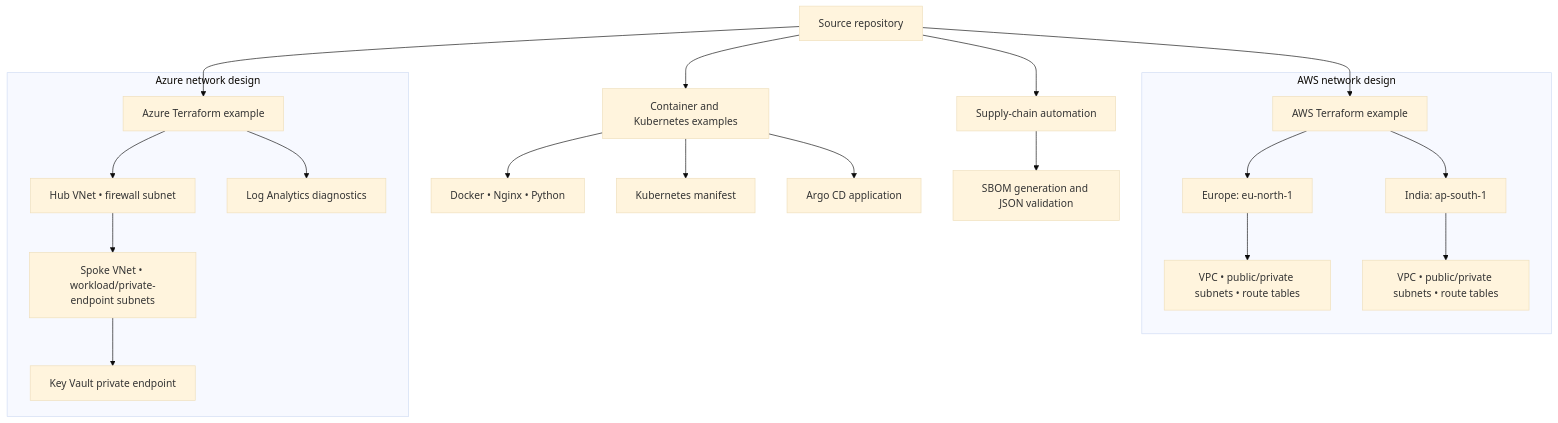
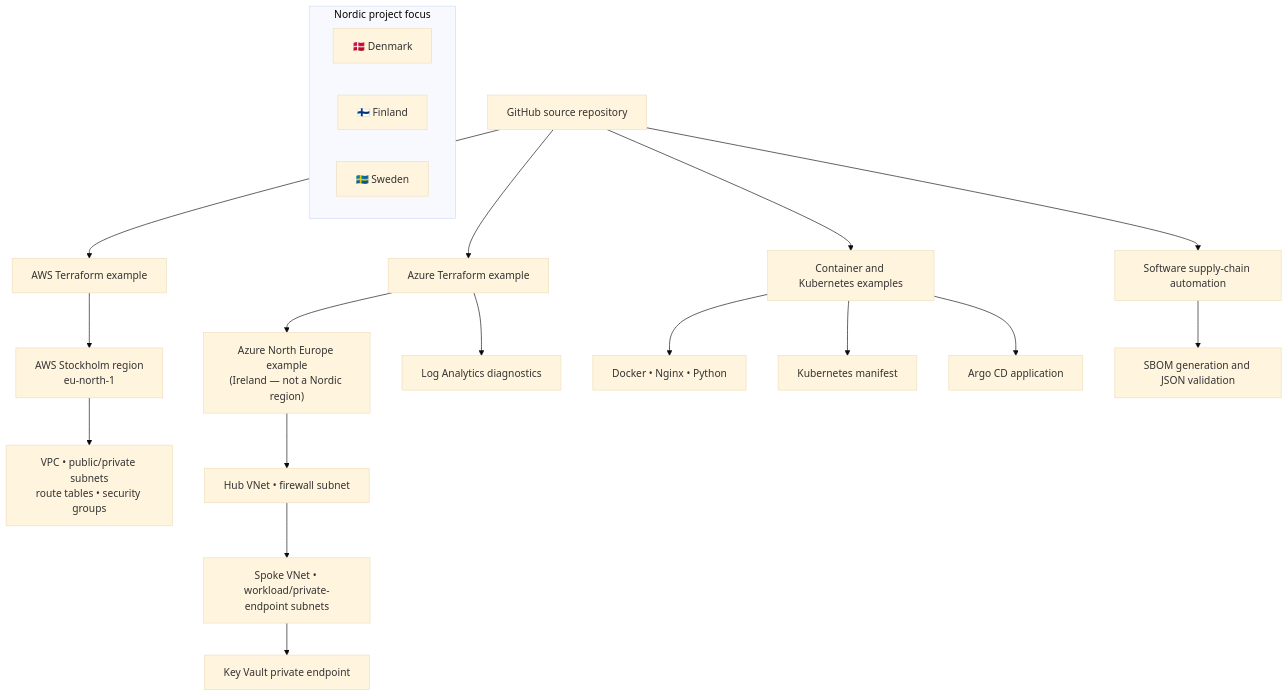
Before and after one commit to kunalnios44-ctrl/cloud-devsecops-journey-2026: the diagram in README.md, drawn with Mermaid (base theme). The commit also changed other lines of this file, not shown here.

Commit message:
docs: align README with Nordic project scope

````diff
--- a/README.md
+++ b/README.md
@@ -31,26 +40,27 @@
 ```mermaid
 flowchart TB
-    DEV["Source repository"] --> AWS["AWS Terraform example"]
-    DEV --> AZ["Azure Terraform example"]
-    DEV --> APP["Container and Kubernetes examples"]
-    DEV --> SC["Supply-chain automation"]
+    REPO["GitHub source repository"] --> AWS["AWS Terraform example"]
+    REPO --> AZ["Azure Terraform example"]
+    REPO --> APP["Container and Kubernetes examples"]
+    REPO --> SC["Software supply-chain automation"]
 
-    subgraph AWSREG["AWS network design"]
-      AWS --> EU["Europe: eu-north-1"]
-      AWS --> IN["India: ap-south-1"]
-      EU --> EUVPC["VPC • public/private subnets • route tables"]
-      IN --> INVPC["VPC • public/private subnets • route tables"]
+    subgraph NORDIC["Nordic project focus"]
+      DK["🇩🇰 Denmark"]
+      FI["🇫🇮 Finland"]
+      SE["🇸🇪 Sweden"]
     end
 
-    subgraph AZREG["Azure network design"]
-      AZ --> HUB["Hub VNet • firewall subnet"]
-      HUB --> SPOKE["Spoke VNet • workload/private-endpoint subnets"]
-      SPOKE --> KV["Key Vault private endpoint"]
-      AZ --> LOG["Log Analytics diagnostics"]
-    end
+    AWS --> STOCKHOLM["AWS Stockholm region<br/>eu-north-1"]
+    STOCKHOLM --> VPC["VPC • public/private subnets<br/>route tables • security groups"]
+
+    AZ --> AZEU["Azure North Europe example<br/>(Ireland — not a Nordic region)"]
+    AZEU --> HUB["Hub VNet • firewall subnet"]
+    HUB --> SPOKE["Spoke VNet • workload/private-endpoint subnets"]
+    SPOKE --> KV["Key Vault private endpoint"]
+    AZ --> LOG["Log Analytics diagnostics"]
 
     APP --> DOCKER["Docker • Nginx • Python"]
     APP --> K8S["Kubernetes manifest"]
     APP --> GITOPS["Argo CD application"]
     SC --> SBOM["SBOM generation and JSON validation"]
 ```
````
